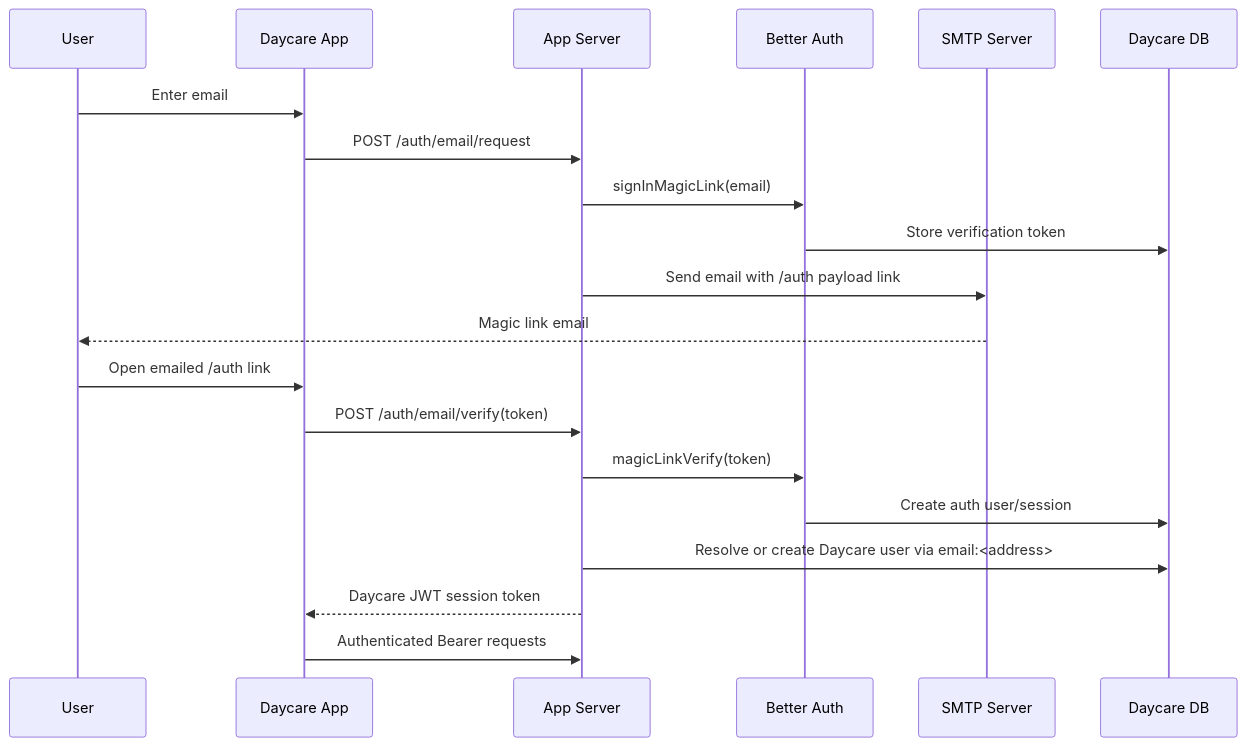
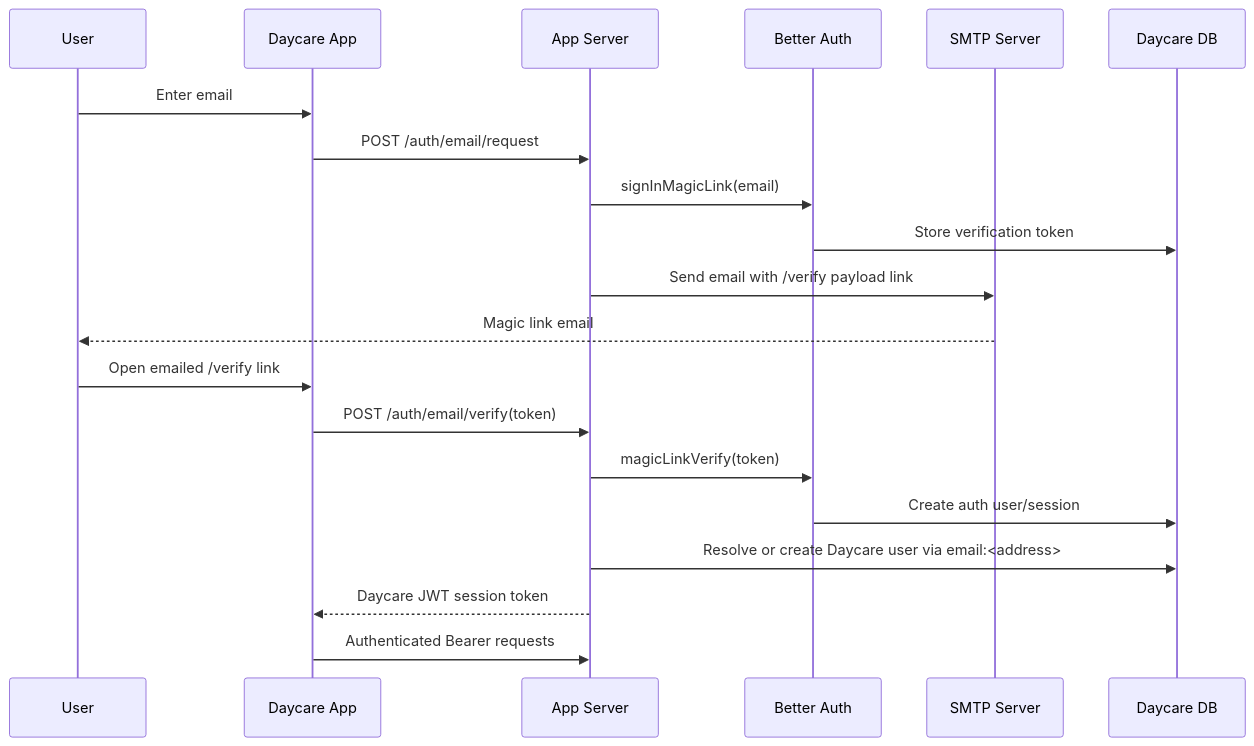
The first of 4 diagrams in doc/BETTER_AUTH_EMAIL_MAGIC_LINK.md (ex3ndr/daycare), drawn with Mermaid before and after one commit. The commit also changed other lines of this file and 11 other files, not shown here.

Commit message:
refactor(auth): route links through verify

````diff
--- a/doc/BETTER_AUTH_EMAIL_MAGIC_LINK.md
+++ b/doc/BETTER_AUTH_EMAIL_MAGIC_LINK.md
@@ -7,23 +7,23 @@
 ```mermaid
 sequenceDiagram
     participant User
     participant App as Daycare App
     participant API as App Server
     participant BA as Better Auth
     participant SMTP as SMTP Server
     participant DB as Daycare DB
 
     User->>App: Enter email
     App->>API: POST /auth/email/request
     API->>BA: signInMagicLink(email)
     BA->>DB: Store verification token
-    API->>SMTP: Send email with /auth payload link
+    API->>SMTP: Send email with /verify payload link
     SMTP-->>User: Magic link email
-    User->>App: Open emailed /auth link
+    User->>App: Open emailed /verify link
     App->>API: POST /auth/email/verify(token)
     API->>BA: magicLinkVerify(token)
     BA->>DB: Create auth user/session
     API->>DB: Resolve or create Daycare user via email:<address>
     API-->>App: Daycare JWT session token
     App->>API: Authenticated Bearer requests
 ```
````
